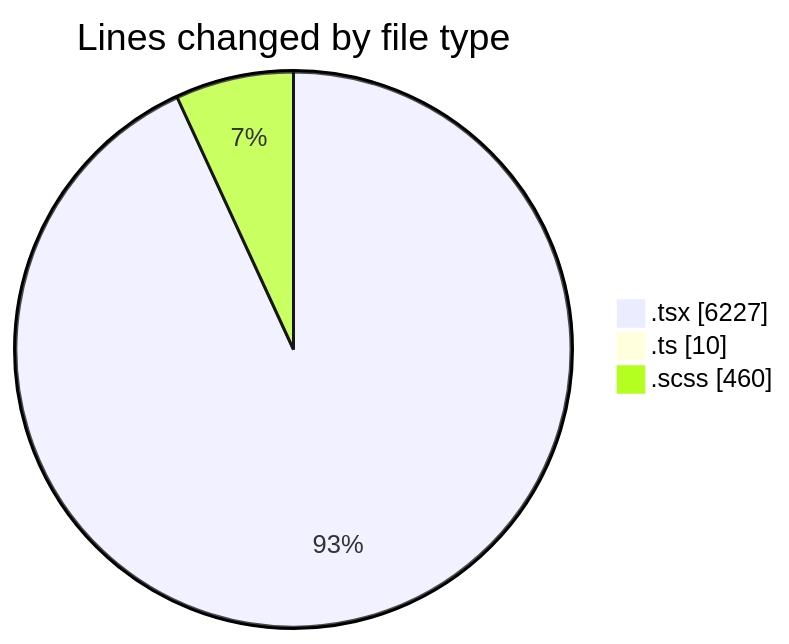
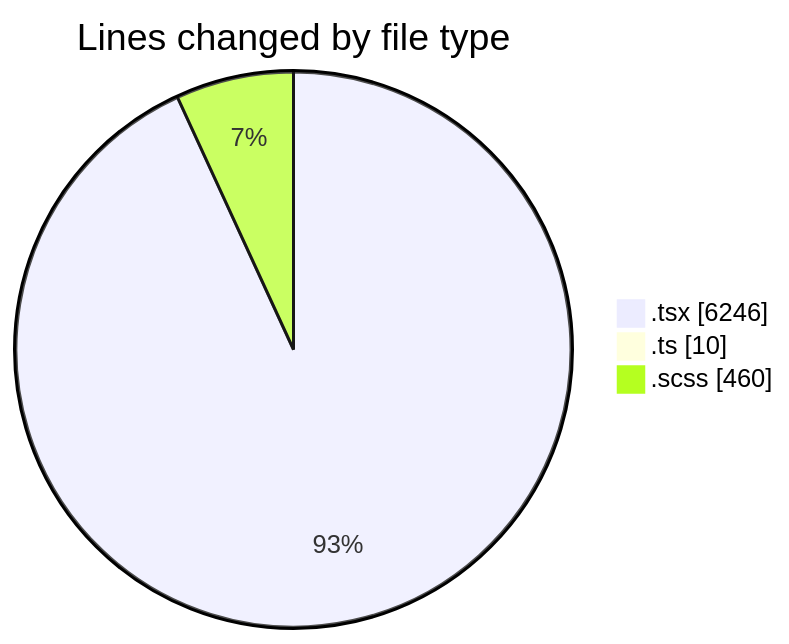
The first of 2 diagrams in 2025-11-17/cda/README.md (momahboobian/code-tracking), drawn with Mermaid before and after one commit. The commit also changed other lines of this file and 1 other file, not shown here.

````diff
--- a/2025-11-17/cda/README.md
+++ b/2025-11-17/cda/README.md
@@ -31,7 +31,7 @@
 ```mermaid
 pie showData
 title Lines changed by file type
-".tsx" : 6227
+".tsx" : 6246
 ".ts" : 10
 ".scss" : 460
 ```
````
